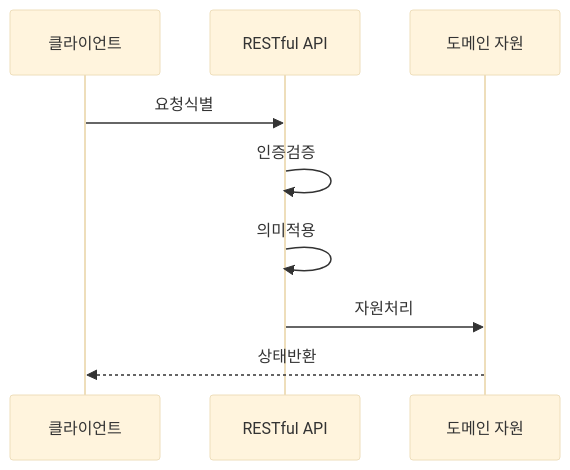
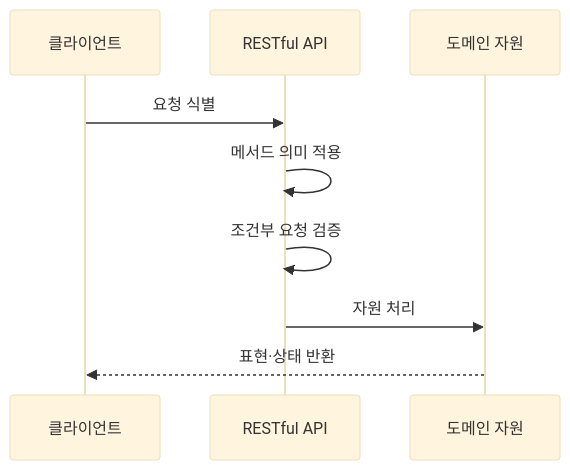
Before and after one commit to agnusdei1207/knowledge-base: the second of 2 diagrams in src/content/docs/notes/03-software/171_restful_api_design.md, drawn with Mermaid (base theme). The commit also changed other lines of this file and 7 other files, not shown here.

````diff
--- a/src/content/docs/notes/03-software/171_restful_api_design.md
+++ b/src/content/docs/notes/03-software/171_restful_api_design.md
@@ -79,11 +77,11 @@
 ```mermaid
 sequenceDiagram
     participant C as 클라이언트
     participant A as RESTful API
     participant R as 도메인 자원
-    C->>A: 요청식별
-    A->>A: 인증검증
-    A->>A: 의미적용
-    A->>R: 자원처리
-    R-->>C: 상태반환
+    C->>A: 요청 식별
+    A->>A: 메서드 의미 적용
+    A->>A: 조건부 요청 검증
+    A->>R: 자원 처리
+    R-->>C: 표현·상태 반환
 ```
````
